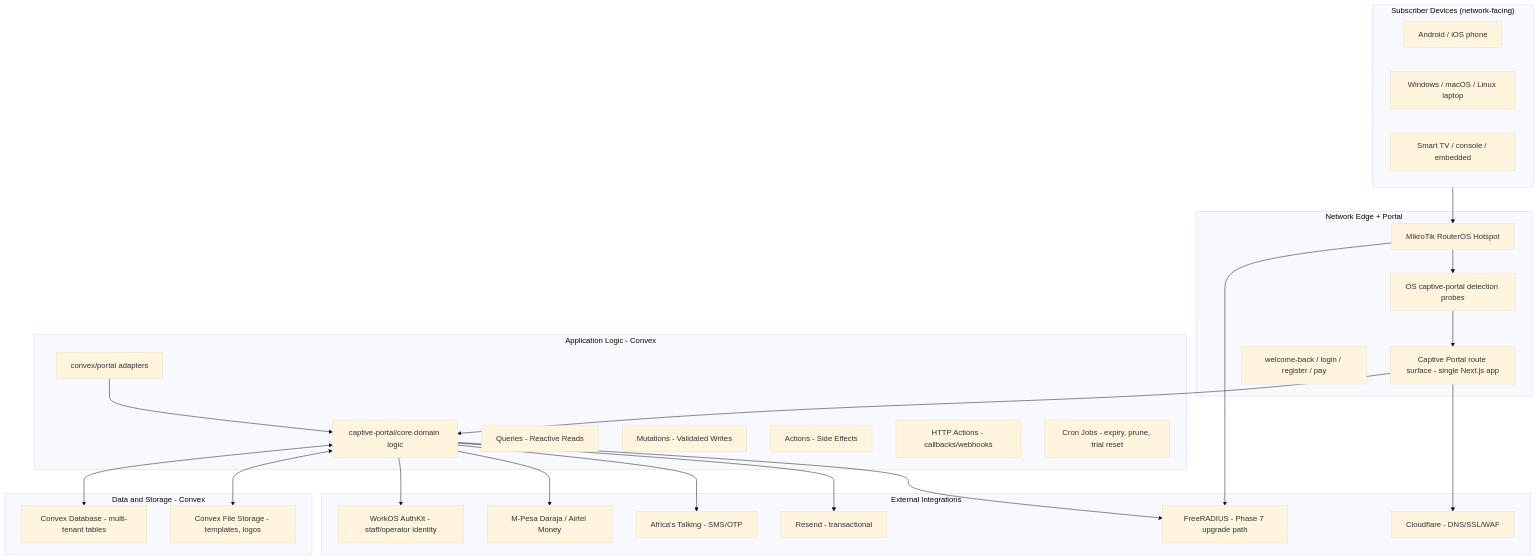
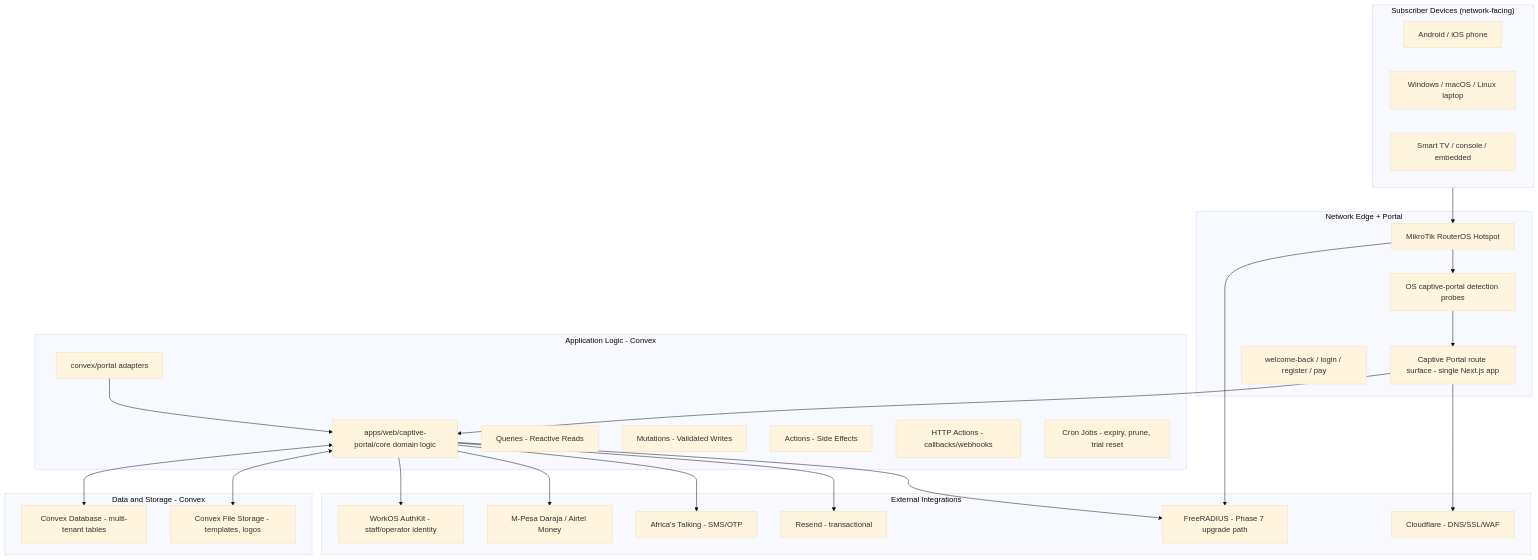
The diagram in docs/captive-portal/captive-portal-specification.md (mylescorp/mylesnet-dashboard), drawn with Mermaid (base theme) before and after one commit. The commit also changed other lines of this file and 544 other files, not shown here.

````diff
--- a/docs/captive-portal/captive-portal-specification.md
+++ b/docs/captive-portal/captive-portal-specification.md
@@ -145,53 +145,53 @@
 ```mermaid
 graph TD
     subgraph Device_Layer ["Subscriber Devices (network-facing)"]
         Phone[Android / iOS phone]
         Laptop[Windows / macOS / Linux laptop]
         TV[Smart TV / console / embedded]
     end
 
     subgraph Portable_Layer ["Network Edge + Portal"]
         MikroTik[MikroTik RouterOS Hotspot]
         Detection[OS captive-portal detection probes]
         Portal[Captive Portal route surface - single Next.js app]
         Connect[welcome-back / login / register / pay]
     end
 
     subgraph Logic_Layer ["Application Logic - Convex"]
         PortalCall[convex/portal adapters]
-        Core[captive-portal/core domain logic]
+        Core[apps/web/captive-portal/core domain logic]
         Queries[Queries - Reactive Reads]
         Mutations[Mutations - Validated Writes]
         Actions[Actions - Side Effects]
         HttpActions[HTTP Actions - callbacks/webhooks]
         CronJobs[Cron Jobs - expiry, prune, trial reset]
     end
 
     subgraph Data_Layer ["Data and Storage - Convex"]
         Database[Convex Database - multi-tenant tables]
         FileStorage[Convex File Storage - templates, logos]
     end
 
     subgraph External_Integrations ["External Integrations"]
         WorkOS[WorkOS AuthKit - staff/operator identity]
         Payment[M-Pesa Daraja / Airtel Money]
         SMS[Africa's Talking - SMS/OTP]
         Email[Resend - transactional]
         Radius[FreeRADIUS - Phase 7 upgrade path]
         Cloudflare[Cloudflare - DNS/SSL/WAF]
     end
 
     Device_Layer --> MikroTik
     MikroTik --> Detection --> Portal
     MikroTik --> Radius
     Portal --> Core
     PortalCall --> Core
     Core <--> Database
     Core <--> FileStorage
     Core --> Payment
     Core --> SMS
     Core --> Email
     Core --> Radius
     Core --> WorkOS
     Portal --> Cloudflare
 ```
````
